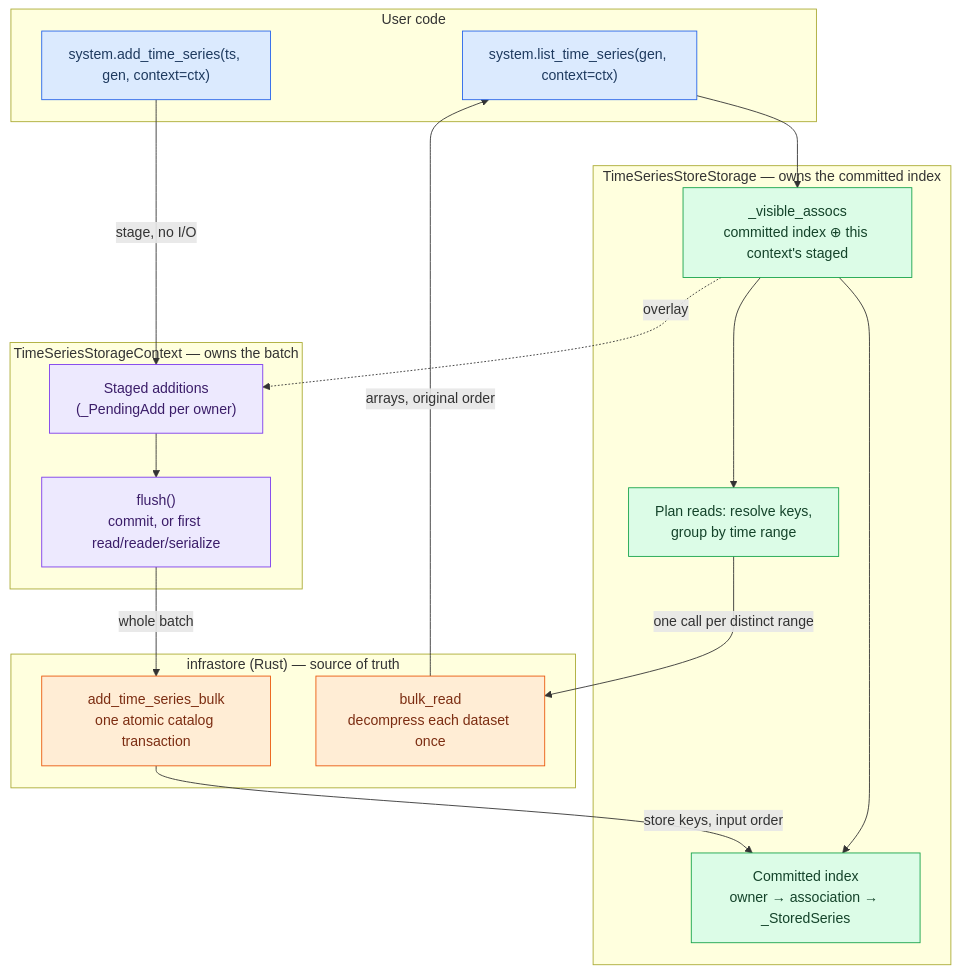
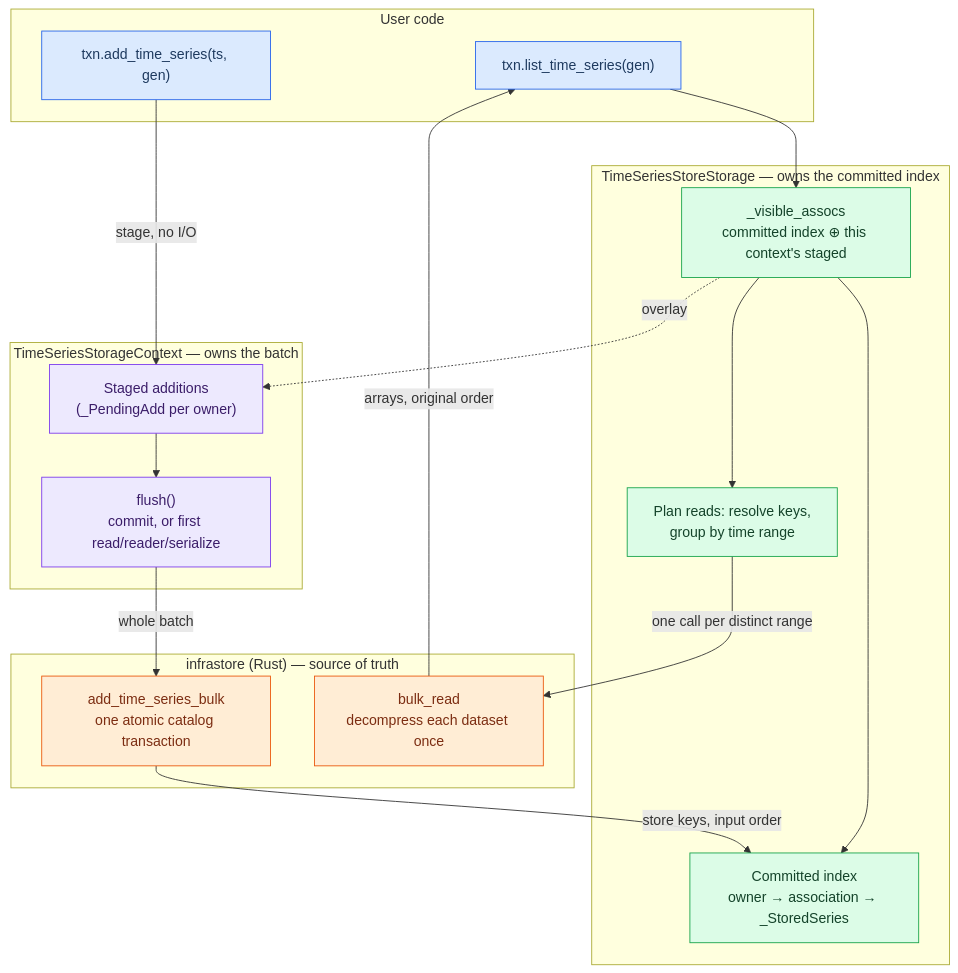
One commit to NatLabRockies/infrasys changed the first of 2 diagrams in docs/explanation/time_series_bulk_io.md. Above: the diagram before and after it, drawn with Mermaid. The commit also changed other lines of this file and 13 other files, not shown here.

````diff
--- a/docs/explanation/time_series_bulk_io.md
+++ b/docs/explanation/time_series_bulk_io.md
@@ -112,45 +136,45 @@
 ```{mermaid}
 flowchart TB
     subgraph UserCode["User code"]
-        ADD["system.add_time_series(ts, gen, context=ctx)"]
-        LIST["system.list_time_series(gen, context=ctx)"]
+        ADD["txn.add_time_series(ts, gen)"]
+        LIST["txn.list_time_series(gen)"]
     end
 
     subgraph Context["TimeSeriesStorageContext — owns the batch"]
         STAGED["Staged additions<br/>(_PendingAdd per owner)"]
         FLUSH["flush()<br/>commit, or first read/reader/serialize"]
     end
 
     subgraph Storage["TimeSeriesStoreStorage — owns the committed index"]
         VISIBLE["_visible_assocs<br/>committed index ⊕ this context's staged"]
         INDEX["Committed index<br/>owner → association → _StoredSeries"]
         PLAN["Plan reads: resolve keys,<br/>group by time range"]
     end
 
     subgraph Rust["infrastore (Rust) — source of truth"]
         BULKADD["add_time_series_bulk<br/>one atomic catalog transaction"]
         BULKREAD["bulk_read<br/>decompress each dataset once"]
     end
 
     ADD -->|"stage, no I/O"| STAGED
     STAGED --> FLUSH
     FLUSH -->|"whole batch"| BULKADD
     BULKADD -->|"store keys, input order"| INDEX
 
     LIST --> VISIBLE
     VISIBLE --> INDEX
     VISIBLE -.->|"overlay"| STAGED
     VISIBLE --> PLAN
     PLAN -->|"one call per distinct range"| BULKREAD
     BULKREAD -->|"arrays, original order"| LIST
 
     classDef user fill:#dbeafe,stroke:#2563eb,color:#1e3a5f
     classDef ctx fill:#ede9fe,stroke:#7c3aed,color:#3b1d69
     classDef storage fill:#dcfce7,stroke:#16a34a,color:#14432a
     classDef rust fill:#ffedd5,stroke:#ea580c,color:#7c2d12
 
     class ADD,LIST user
     class STAGED,FLUSH ctx
     class VISIBLE,INDEX,PLAN storage
     class BULKADD,BULKREAD rust
 ```
````
